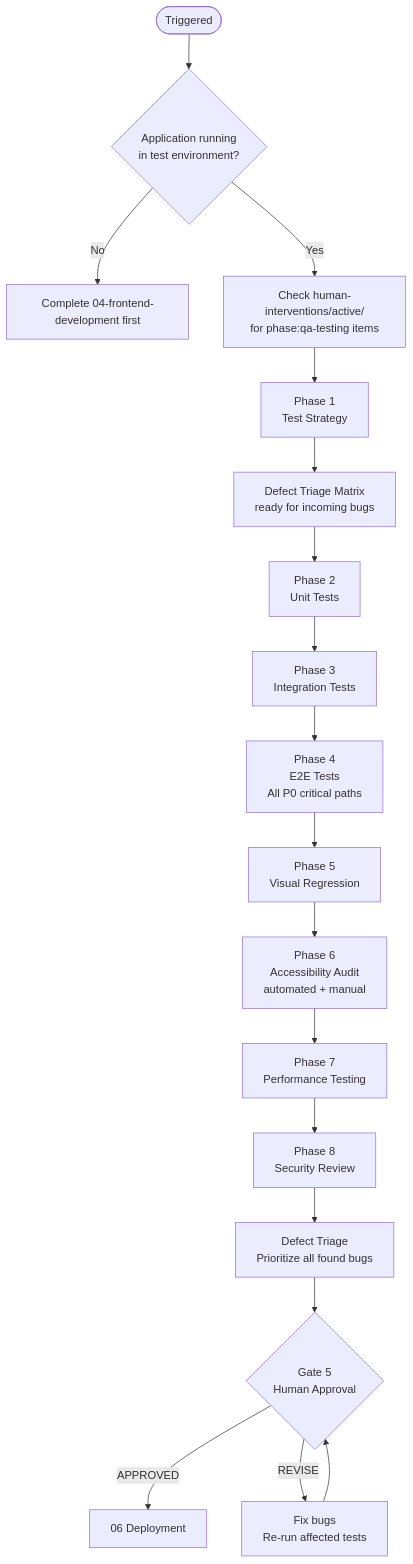
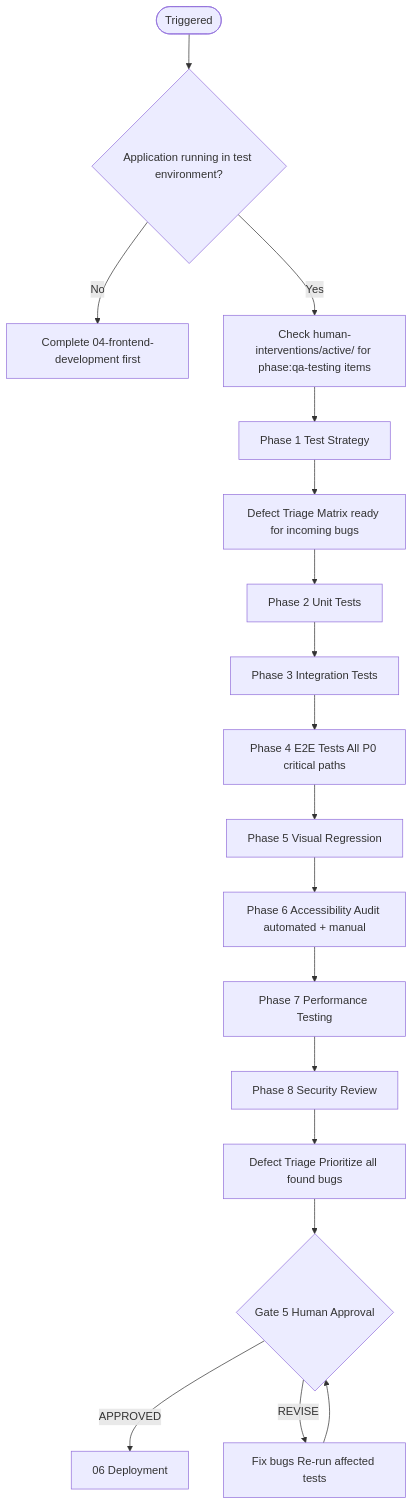
The first of 2 diagrams in .cursor/skills/05-qa-testing/SKILL.md (ivanyeors/product-agentic-templates), drawn with Mermaid before and after one commit. The commit also changed other lines of this file and 39 other files, not shown here.

````diff
--- a/.cursor/skills/05-qa-testing/SKILL.md
+++ b/.cursor/skills/05-qa-testing/SKILL.md
@@ -36,20 +36,20 @@
 ```mermaid
 flowchart TD
-    start([Triggered]) --> prereq{Application running\nin test environment?}
+    start([Triggered]) --> prereq{Application running in test environment?}
     prereq -->|No| block[Complete 04-frontend-development first]
-    prereq -->|Yes| hi_check[Check human-interventions/active/\nfor phase:qa-testing items]
-    hi_check --> s1[Phase 1\nTest Strategy]
-    s1 --> pri[Defect Triage Matrix\nready for incoming bugs]
-    pri --> s2[Phase 2\nUnit Tests]
-    s2 --> s3[Phase 3\nIntegration Tests]
-    s3 --> s4[Phase 4\nE2E Tests\nAll P0 critical paths]
-    s4 --> s5[Phase 5\nVisual Regression]
-    s5 --> s6[Phase 6\nAccessibility Audit\nautomated + manual]
-    s6 --> s7[Phase 7\nPerformance Testing]
-    s7 --> s8[Phase 8\nSecurity Review]
-    s8 --> triage[Defect Triage\nPrioritize all found bugs]
-    triage --> gate{Gate 5\nHuman Approval}
+    prereq -->|Yes| hi_check[Check human-interventions/active/ for phase:qa-testing items]
+    hi_check --> s1[Phase 1 Test Strategy]
+    s1 --> pri[Defect Triage Matrix ready for incoming bugs]
+    pri --> s2[Phase 2 Unit Tests]
+    s2 --> s3[Phase 3 Integration Tests]
+    s3 --> s4[Phase 4 E2E Tests All P0 critical paths]
+    s4 --> s5[Phase 5 Visual Regression]
+    s5 --> s6[Phase 6 Accessibility Audit automated + manual]
+    s6 --> s7[Phase 7 Performance Testing]
+    s7 --> s8[Phase 8 Security Review]
+    s8 --> triage[Defect Triage Prioritize all found bugs]
+    triage --> gate{Gate 5 Human Approval}
     gate -->|APPROVED| next[06 Deployment]
-    gate -->|REVISE| fix[Fix bugs\nRe-run affected tests]
+    gate -->|REVISE| fix[Fix bugs Re-run affected tests]
     fix --> gate
 ```
````
